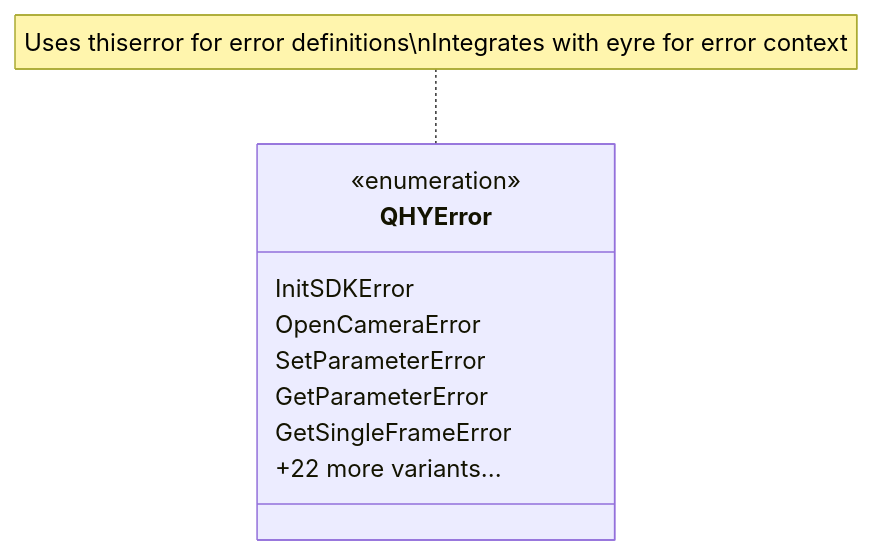
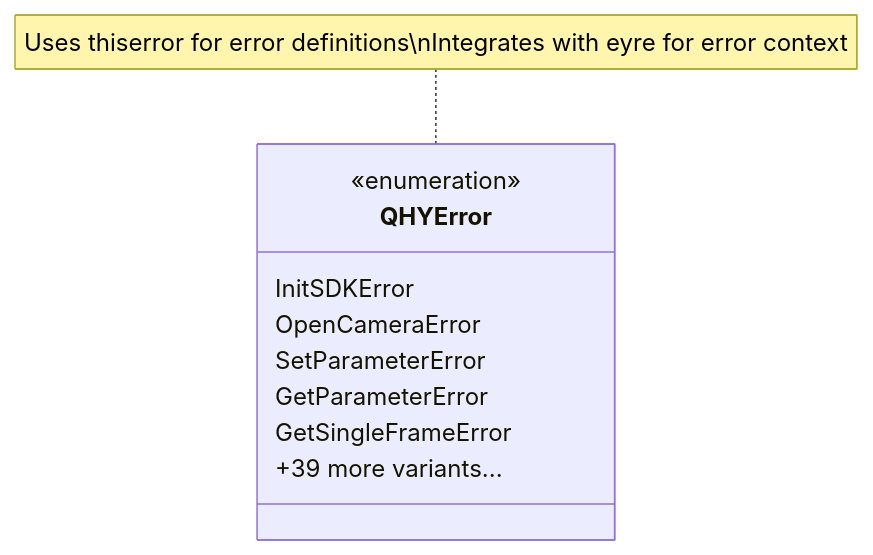
One commit to ivonnyssen/qhyccd-rs changed the tenth of 19 diagrams in docs/qhyccd-rs.md. Above: the diagram before and after it, drawn with Mermaid. The commit also changed other lines of this file and 3 other files, not shown here.

````diff
--- a/docs/qhyccd-rs.md
+++ b/docs/qhyccd-rs.md
@@ -443,14 +443,14 @@
 ```mermaid
 classDiagram
     class QHYError {
         <<enumeration>>
         InitSDKError
         OpenCameraError
         SetParameterError
         GetParameterError
         GetSingleFrameError
-        +22 more variants...
+        +39 more variants...
     }
 
     note for QHYError "Uses thiserror for error definitions\nIntegrates with eyre for error context"
 ```
````
